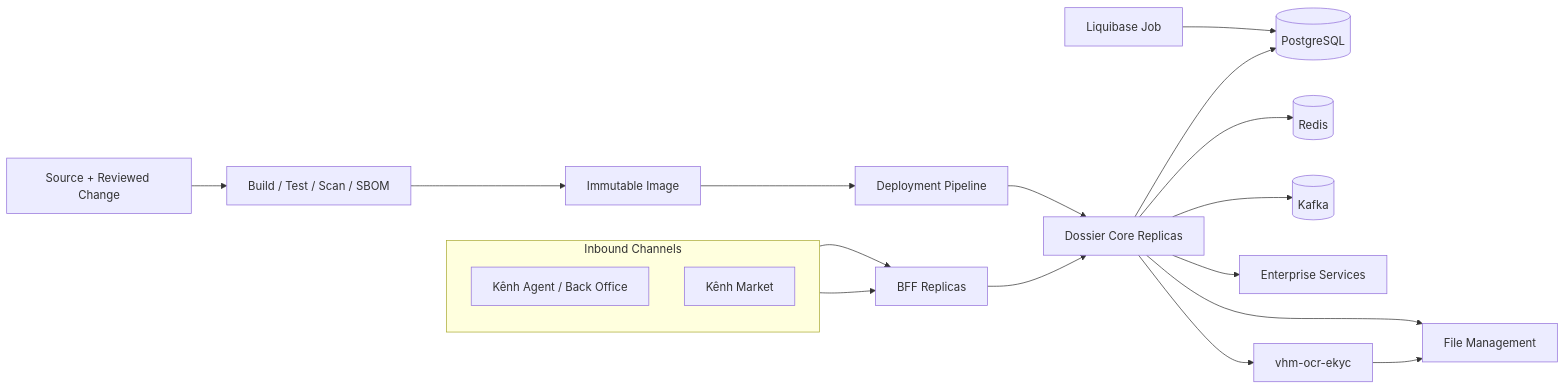
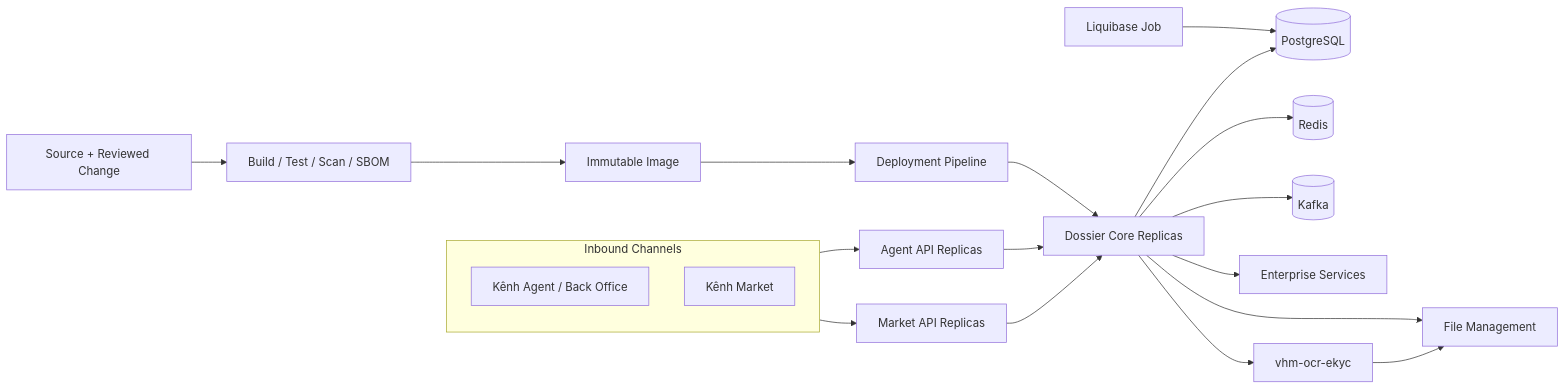
The eighth of 8 diagrams in tdd-dossier.md (huynv-xyz/vhm), drawn with Mermaid before and after one commit. The commit also changed other lines of this file, not shown here.

````diff
--- a/tdd-dossier.md
+++ b/tdd-dossier.md
@@ -894,23 +894,24 @@
 ```mermaid
 flowchart LR
     Git[Source + Reviewed Change] --> CI[Build / Test / Scan / SBOM]
     CI --> Image[Immutable Image]
     Image --> Deploy[Deployment Pipeline]
     Migration[Liquibase Job] --> DB[(PostgreSQL)]
     Deploy --> Core[Dossier Core Replicas]
     Core --> DB
     Core --> Redis[(Redis)]
     Core --> Kafka[(Kafka)]
     Core --> Ext[Enterprise Services]
     subgraph Channels[Inbound Channels]
         direction TB
         Agent[Kênh Agent / Back Office]
         Market[Kênh Market]
     end
-    Agent --> BFF[BFF Replicas]
-    Market --> BFF
-    BFF --> Core
+    Agent --> AgentAPI[Agent API Replicas]
+    Market --> MarketAPI[Market API Replicas]
+    AgentAPI --> Core
+    MarketAPI --> Core
     Core --> File[File Management]
     Core --> OCR[vhm-ocr-ekyc]
     OCR --> File
 ```
````
